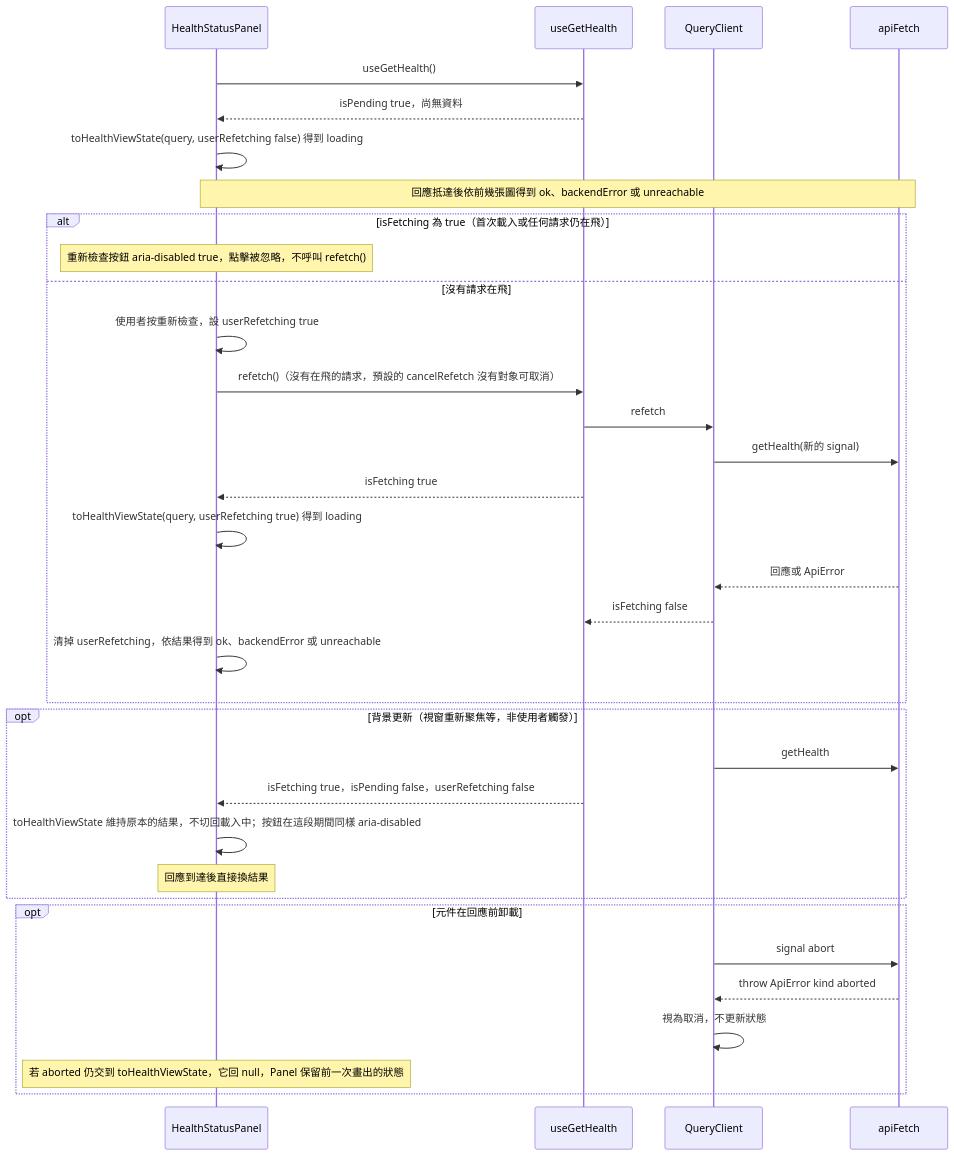
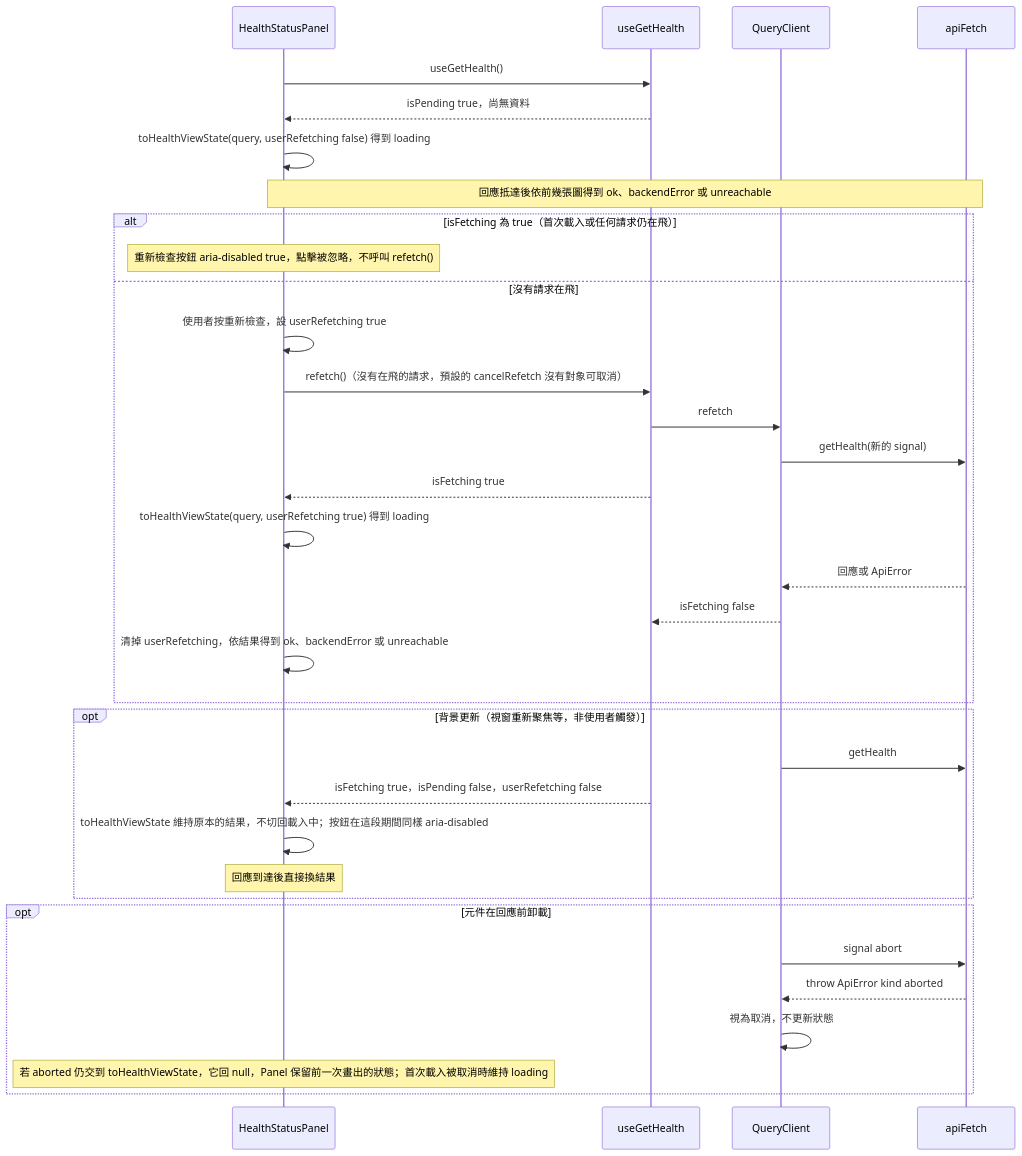
The seventh of 14 diagrams in openspec/changes/frontend-skeleton/system-design.md (label-suite/label-suite), drawn with Mermaid before and after one commit. The commit also changed other lines of this file and 1 other file, not shown here.

````diff
--- a/openspec/changes/frontend-skeleton/system-design.md
+++ b/openspec/changes/frontend-skeleton/system-design.md
@@ -669,36 +669,36 @@
 ```mermaid
 sequenceDiagram
   participant Panel as HealthStatusPanel
   participant Hook as useGetHealth
   participant QC as QueryClient
   participant Mut as apiFetch
   Panel->>Hook: useGetHealth()
   Hook-->>Panel: isPending true，尚無資料
   Panel->>Panel: toHealthViewState(query, userRefetching false) 得到 loading
   Note over Panel,Mut: 回應抵達後依前幾張圖得到 ok、backendError 或 unreachable
   alt isFetching 為 true（首次載入或任何請求仍在飛）
     Note over Panel: 重新檢查按鈕 aria-disabled true，點擊被忽略，不呼叫 refetch()
   else 沒有請求在飛
     Panel->>Panel: 使用者按重新檢查，設 userRefetching true
     Panel->>Hook: refetch()（沒有在飛的請求，預設的 cancelRefetch 沒有對象可取消）
     Hook->>QC: refetch
     QC->>Mut: getHealth(新的 signal)
     Hook-->>Panel: isFetching true
     Panel->>Panel: toHealthViewState(query, userRefetching true) 得到 loading
     Mut-->>QC: 回應或 ApiError
     QC-->>Hook: isFetching false
     Panel->>Panel: 清掉 userRefetching，依結果得到 ok、backendError 或 unreachable
   end
   opt 背景更新（視窗重新聚焦等，非使用者觸發）
     QC->>Mut: getHealth
     Hook-->>Panel: isFetching true，isPending false，userRefetching false
     Panel->>Panel: toHealthViewState 維持原本的結果，不切回載入中；按鈕在這段期間同樣 aria-disabled
     Note over Panel: 回應到達後直接換結果
   end
   opt 元件在回應前卸載
     QC->>Mut: signal abort
     Mut-->>QC: throw ApiError kind aborted
     QC->>QC: 視為取消，不更新狀態
-    Note over Panel: 若 aborted 仍交到 toHealthViewState，它回 null，Panel 保留前一次畫出的狀態
+    Note over Panel: 若 aborted 仍交到 toHealthViewState，它回 null，Panel 保留前一次畫出的狀態；首次載入被取消時維持 loading
   end
 ```
````
